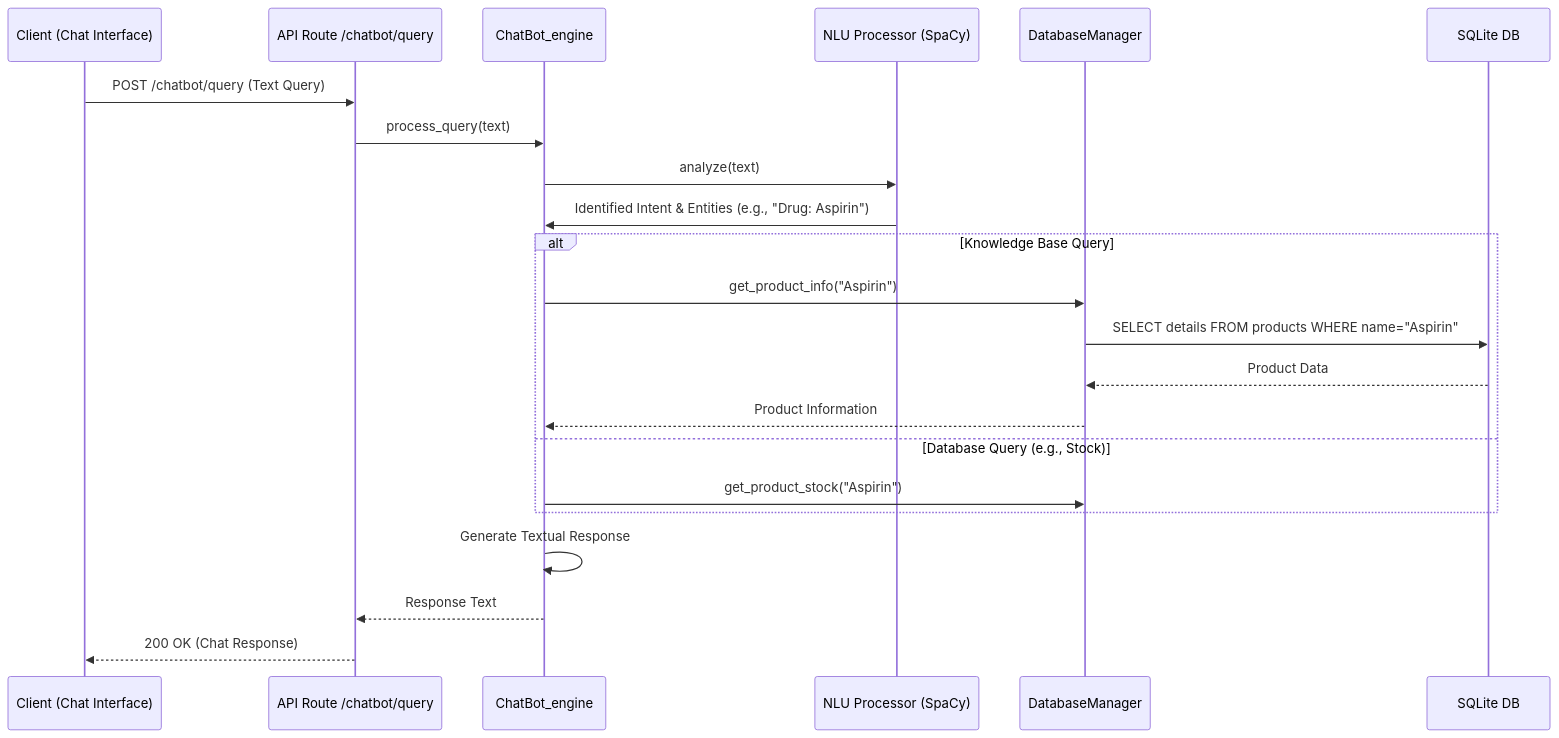
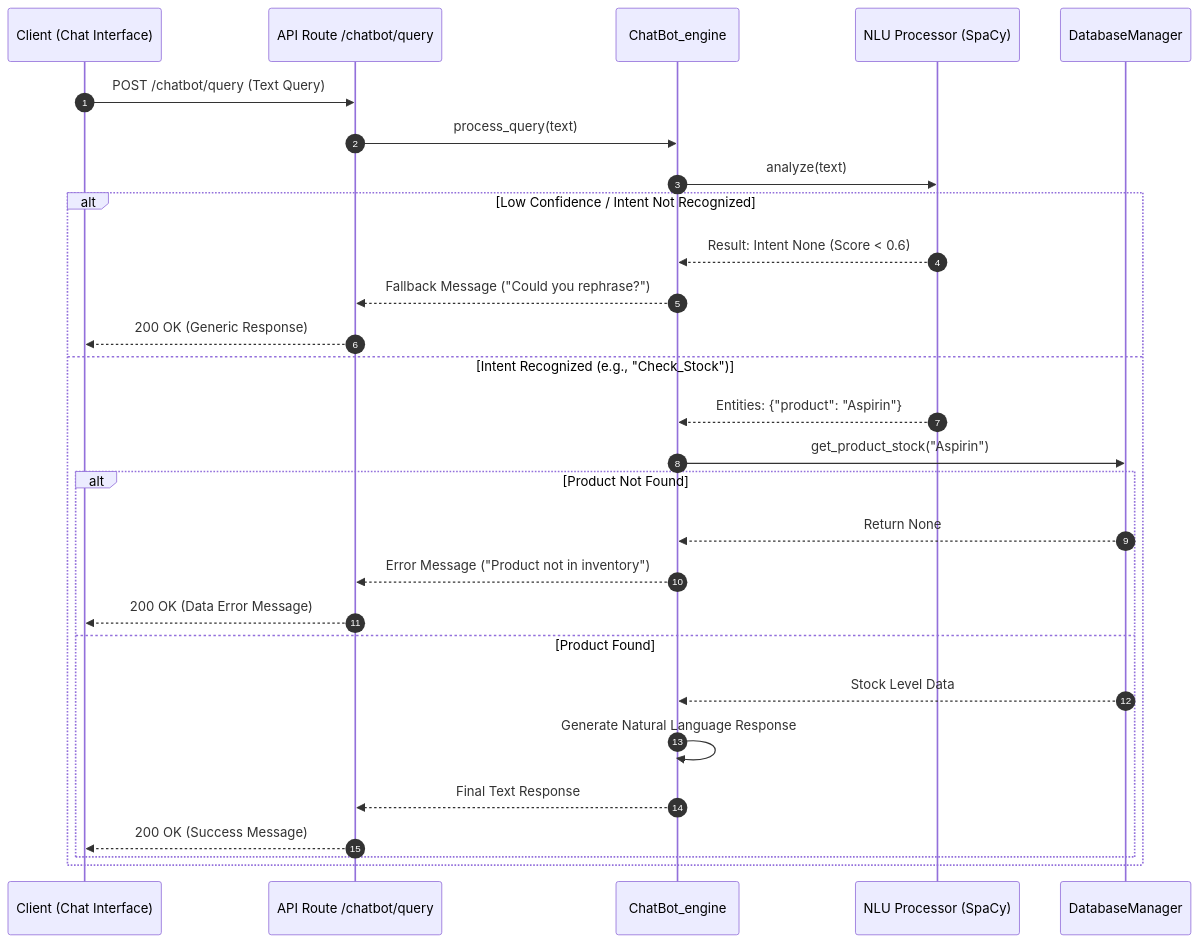
The third of 4 diagrams in documentation.md (Mathieu7483/Portfolio), drawn with Mermaid before and after one commit. The commit also changed other lines of this file, not shown here.

First line of the commit message:
Enhance sequence diagrams with error handling

````diff
--- a/documentation.md
+++ b/documentation.md
@@ -106,26 +119,33 @@
 ```mermaid
 sequenceDiagram
+    autonumber
     participant C as Client (Chat Interface)
     participant R as API Route /chatbot/query
     participant CB as ChatBot_engine
     participant NLU as NLU Processor (SpaCy)
     participant DBM as DatabaseManager
-    participant DB as SQLite DB
 
     C->>R: POST /chatbot/query (Text Query)
     R->>CB: process_query(text)
     CB->>NLU: analyze(text)
-    NLU->>CB: Identified Intent & Entities (e.g., "Drug: Aspirin")
-    alt Knowledge Base Query
-        CB->>DBM: get_product_info("Aspirin")
-        DBM->>DB: SELECT details FROM products WHERE name="Aspirin"
-        DB-->>DBM: Product Data
-        DBM-->>CB: Product Information
-    else Database Query (e.g., Stock)
+    
+    alt Low Confidence / Intent Not Recognized
+        NLU-->>CB: Result: Intent None (Score < 0.6)
+        CB-->>R: Fallback Message ("Could you rephrase?")
+        R-->>C: 200 OK (Generic Response)
+    else Intent Recognized (e.g., "Check_Stock")
+        NLU-->>CB: Entities: {"product": "Aspirin"}
         CB->>DBM: get_product_stock("Aspirin")
-        % ... Database lookups ...
+        
+        alt Product Not Found
+            DBM-->>CB: Return None
+            CB-->>R: Error Message ("Product not in inventory")
+            R-->>C: 200 OK (Data Error Message)
+        else Product Found
+            DBM-->>CB: Stock Level Data
+            CB->>CB: Generate Natural Language Response
+            CB-->>R: Final Text Response
+            R-->>C: 200 OK (Success Message)
+        end
     end
-    CB->>CB: Generate Textual Response
-    CB-->>R: Response Text
-    R-->>C: 200 OK (Chat Response)
 ```
````
